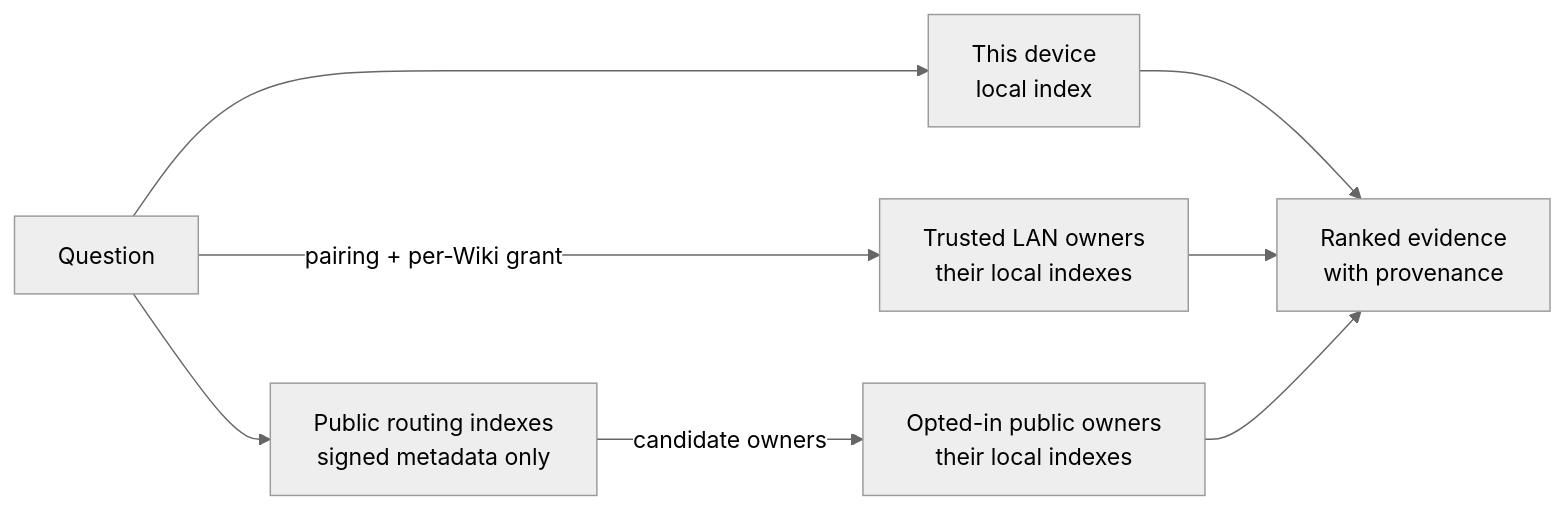
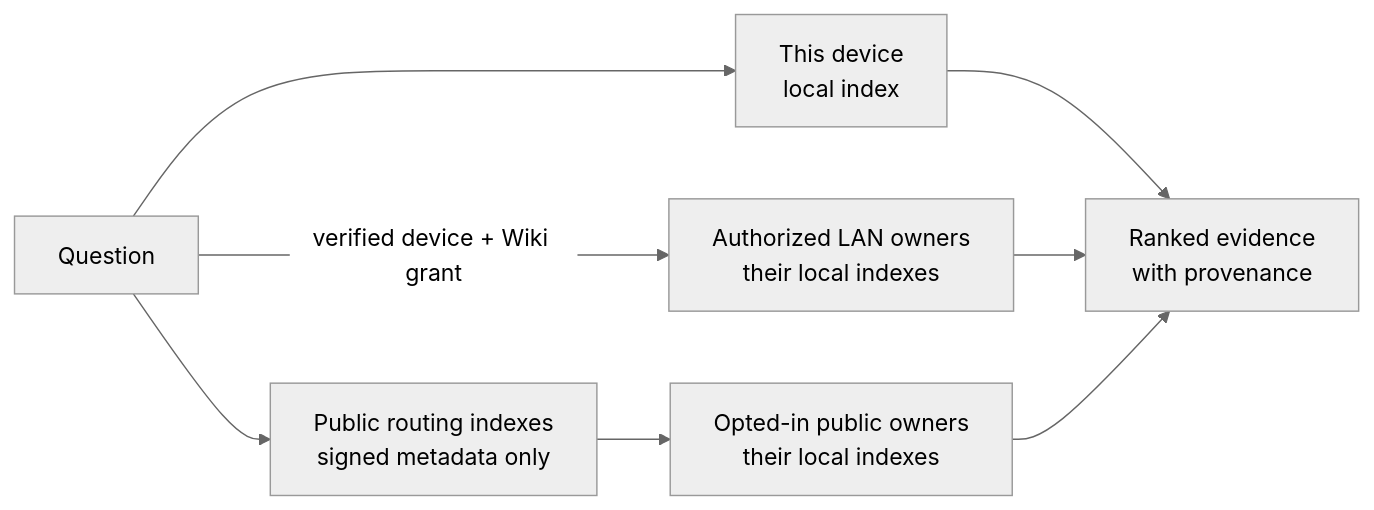
One commit to airwiki/airwiki changed the first of 2 diagrams in README.md. Above: the diagram before and after it, drawn with Mermaid (neutral theme). The commit also changed other lines of this file and 7 other files, not shown here.

````diff
--- a/README.md
+++ b/README.md
@@ -95,11 +62,11 @@
 ```mermaid
 flowchart LR
     question["Question"] --> local["This device<br/>local index"]
-    question -- "pairing + per-Wiki grant" --> lan["Trusted LAN owners<br/>their local indexes"]
+    question -- "verified device + Wiki grant" --> lan["Authorized LAN owners<br/>their local indexes"]
     question --> catalog["Public routing indexes<br/>signed metadata only"]
-    catalog -- "candidate owners" --> public["Opted-in public owners<br/>their local indexes"]
+    catalog --> public["Opted-in public owners<br/>their local indexes"]
 
     local --> results["Ranked evidence<br/>with provenance"]
     lan --> results
     public --> results
 ```
````
